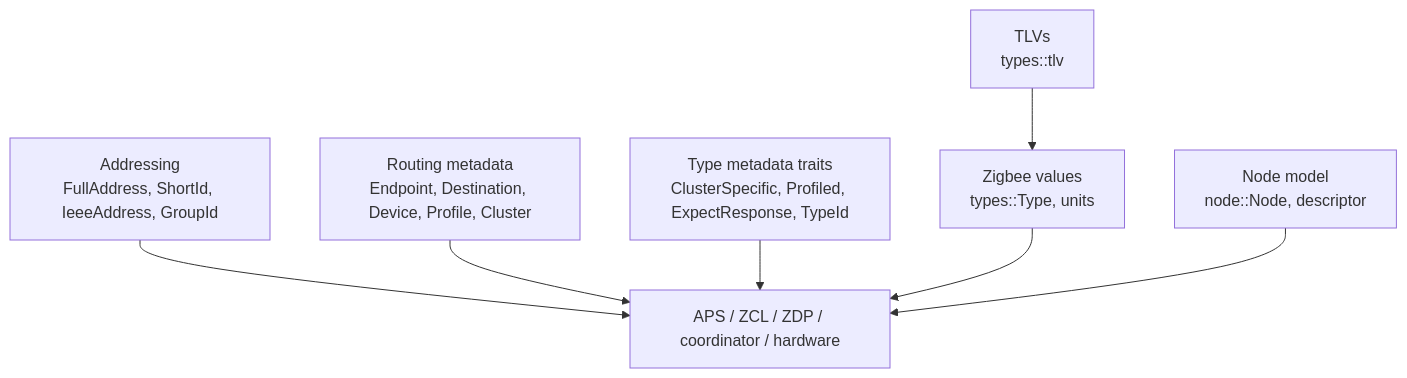
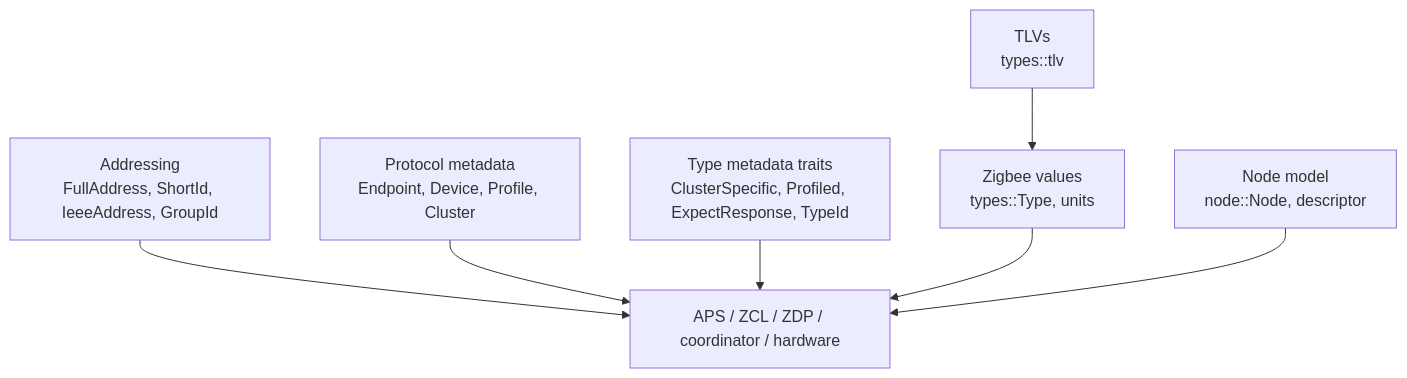
One commit to PaulmannLighting/apis-saltans changed the first of 2 diagrams in core/ARCHITECTURE.md. Above: the diagram before and after it, drawn with Mermaid. The commit also changed other lines of this file and 42 other files, not shown here.

````diff
--- a/core/ARCHITECTURE.md
+++ b/core/ARCHITECTURE.md
@@ -11,17 +11,17 @@
 ```mermaid
 flowchart TD
     Addressing["Addressing<br/>FullAddress, ShortId, IeeeAddress, GroupId"]
-    Routing["Routing metadata<br/>Endpoint, Destination, Device, Profile, Cluster"]
+    Routing["Protocol metadata<br/>Endpoint, Device, Profile, Cluster"]
     Traits["Type metadata traits<br/>ClusterSpecific, Profiled, ExpectResponse, TypeId"]
     Values["Zigbee values<br/>types::Type, units"]
     Tlv["TLVs<br/>types::tlv"]
     Node["Node model<br/>node::Node, descriptor"]
     Protocols["APS / ZCL / ZDP / coordinator / hardware"]
 
     Addressing --> Protocols
     Routing --> Protocols
     Traits --> Protocols
     Values --> Protocols
     Tlv --> Values
     Node --> Protocols
 ```
````
